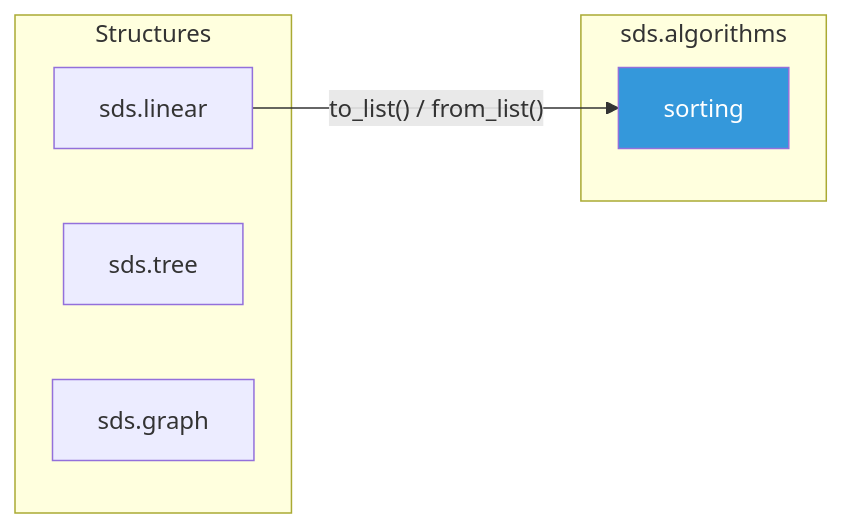
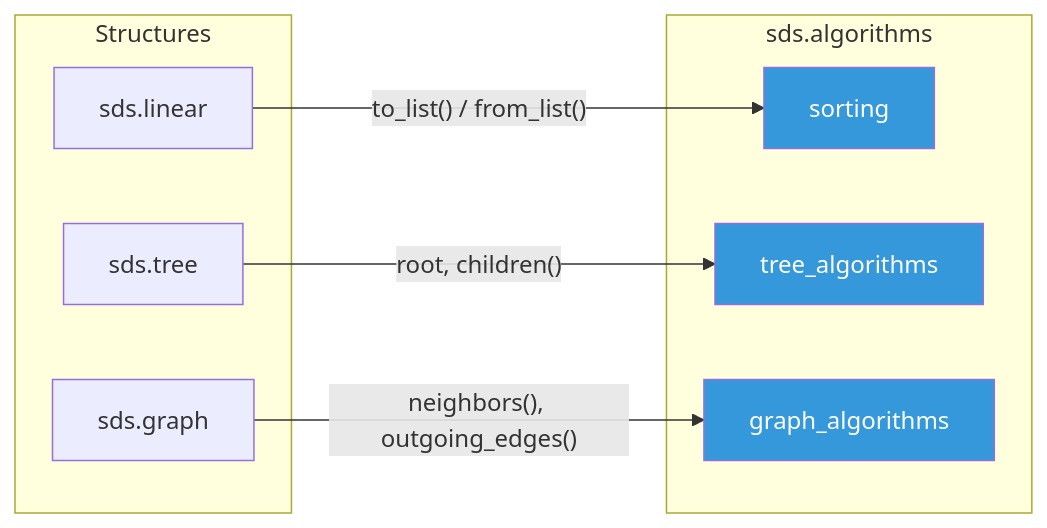
Before and after one commit to skyfrigate/sds: the diagram in docs/source/api/algorithms/index.rst, drawn with Mermaid. The commit also changed other lines of this file and 12 other files, not shown here.

First line of the commit message:
docs(algorithms): add API pages for tree and graph algorithms

```diff
--- a/docs/source/api/algorithms/index.rst
+++ b/docs/source/api/algorithms/index.rst
@@ -30,16 +30,22 @@
 .. mermaid::
 
    graph LR
        subgraph "Structures"
        L[sds.linear]
        T[sds.tree]
        G[sds.graph]
        end
 
        subgraph "sds.algorithms"
        S[sorting]
+       TA[tree_algorithms]
+       GA[graph_algorithms]
        end
 
        L -- "to_list() / from_list()" --> S
+       T -- "root, children()" --> TA
+       G -- "neighbors(), outgoing_edges()" --> GA
 
        style S fill:#3498db,color:#fff
+       style TA fill:#3498db,color:#fff
+       style GA fill:#3498db,color:#fff
```
